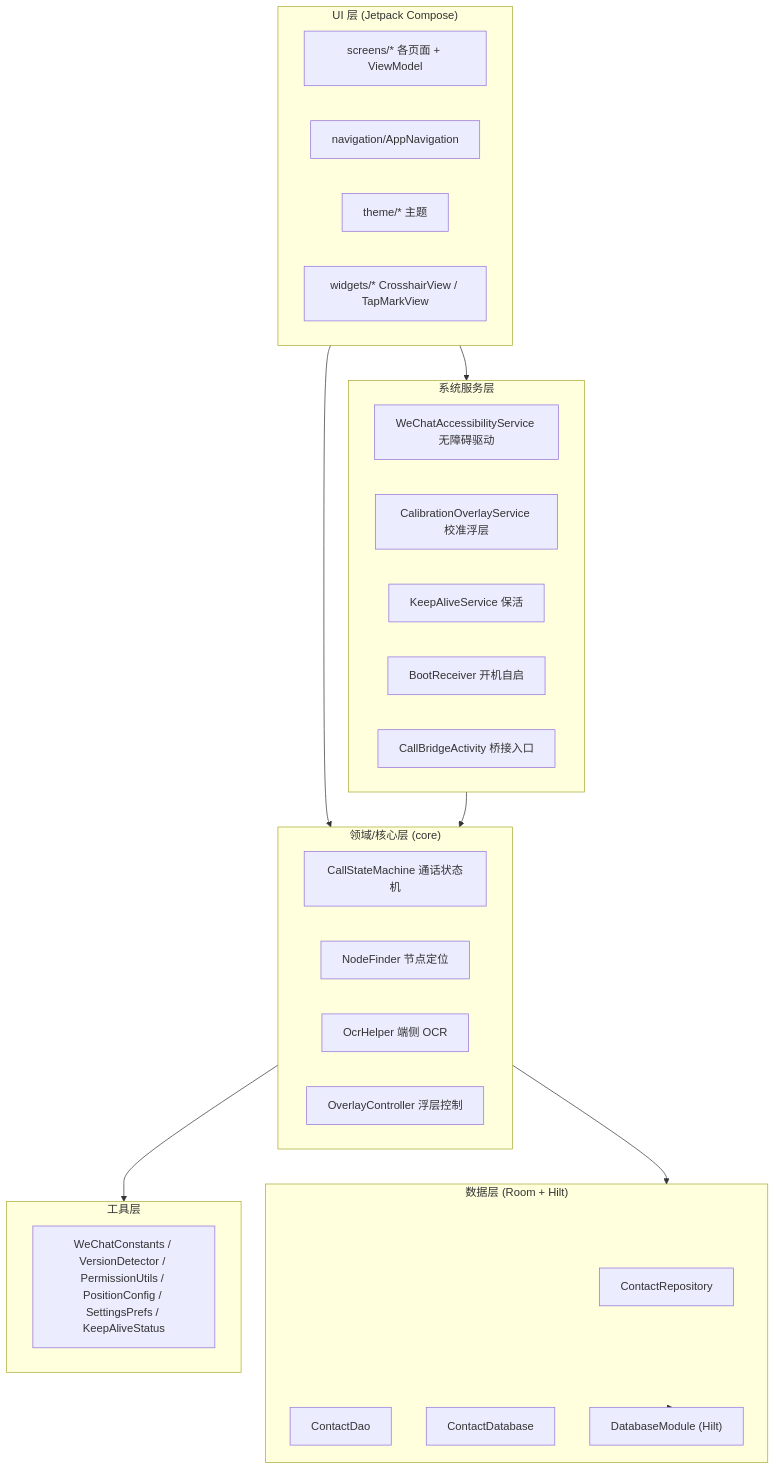
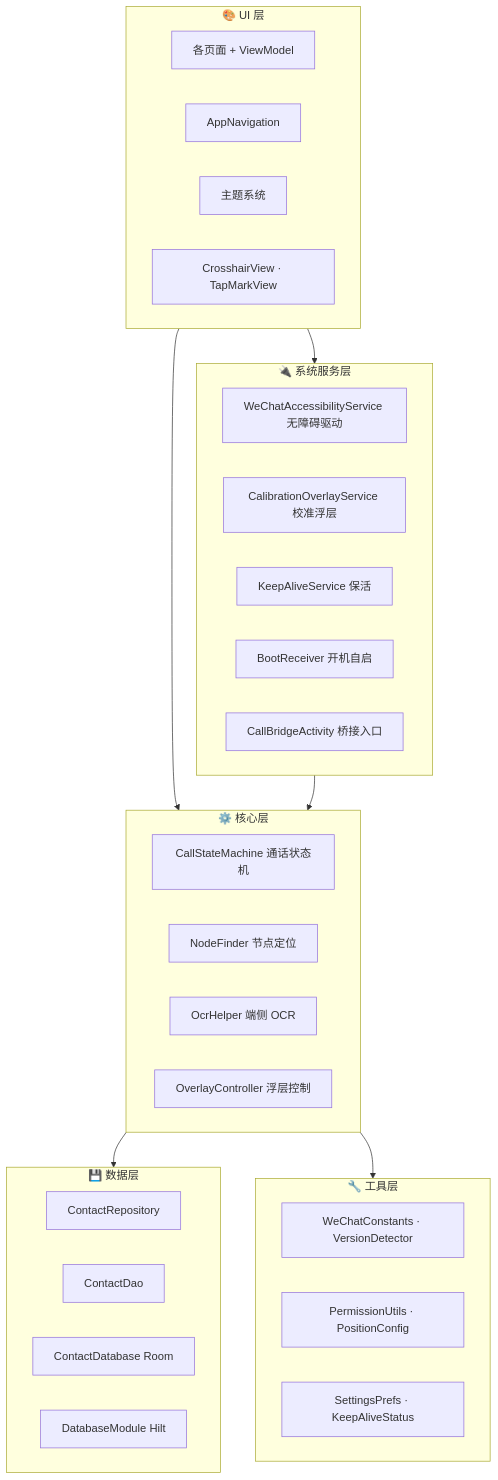
One commit to Alex-Maxzz/WeChat-Video changed the diagram in README.md. Above: the diagram before and after it, drawn with Mermaid. The commit also changed other lines of this file, not shown here.

````diff
--- a/README.md
+++ b/README.md
@@ -27,38 +50,43 @@
 ```mermaid
 flowchart TB
-  subgraph UI["UI 层 (Jetpack Compose)"]
-    Screens["screens/* 各页面 + ViewModel"]
-    Nav["navigation/AppNavigation"]
-    Theme["theme/* 主题"]
-    Widgets["widgets/* CrosshairView / TapMarkView"]
-  end
-  subgraph Domain["领域/核心层 (core)"]
-    SM["CallStateMachine 通话状态机"]
-    NF["NodeFinder 节点定位"]
-    OCR["OcrHelper 端侧 OCR"]
-    OV["OverlayController 浮层控制"]
-  end
-  subgraph Svc["系统服务层"]
-    AS["WeChatAccessibilityService 无障碍驱动"]
-    COS["CalibrationOverlayService 校准浮层"]
-    KA["KeepAliveService 保活"]
-    BR["BootReceiver 开机自启"]
-    BRIDGE["CallBridgeActivity 桥接入口"]
-  end
-  subgraph Data["数据层 (Room + Hilt)"]
-    REPO["ContactRepository"]
-    DAO["ContactDao"]
-    DB["ContactDatabase"]
-    MOD["DatabaseModule (Hilt)"]
-  end
-  subgraph Util["工具层"]
-    U["WeChatConstants / VersionDetector / PermissionUtils / PositionConfig / SettingsPrefs / KeepAliveStatus"]
-  end
+    subgraph UI["🎨 UI 层"]
+        Screens["各页面 + ViewModel"]
+        Nav["AppNavigation"]
+        Theme["主题系统"]
+        Widgets["CrosshairView · TapMarkView"]
+    end
+    
+    subgraph Domain["⚙️ 核心层"]
+        SM["CallStateMachine 通话状态机"]
+        NF["NodeFinder 节点定位"]
+        OCR["OcrHelper 端侧 OCR"]
+        OV["OverlayController 浮层控制"]
+    end
+    
+    subgraph Svc["🔌 系统服务层"]
+        AS["WeChatAccessibilityService 无障碍驱动"]
+        COS["CalibrationOverlayService 校准浮层"]
+        KA["KeepAliveService 保活"]
+        BR["BootReceiver 开机自启"]
+        BRIDGE["CallBridgeActivity 桥接入口"]
+    end
+    
+    subgraph Data["💾 数据层"]
+        REPO["ContactRepository"]
+        DAO["ContactDao"]
+        DB["ContactDatabase Room"]
+        MOD["DatabaseModule Hilt"]
+    end
+    
+    subgraph Util["🔧 工具层"]
+        U["WeChatConstants · VersionDetector"]
+        U2["PermissionUtils · PositionConfig"]
+        U3["SettingsPrefs · KeepAliveStatus"]
+    end
 
-  UI --> Domain
-  UI --> Svc
-  Svc --> Domain
-  Domain --> Data
-  Domain --> Util
-  Data --> MOD
+    UI --> Domain
+    UI --> Svc
+    Svc --> Domain
+    Domain --> Data
+    Domain --> Util
 ```
````
